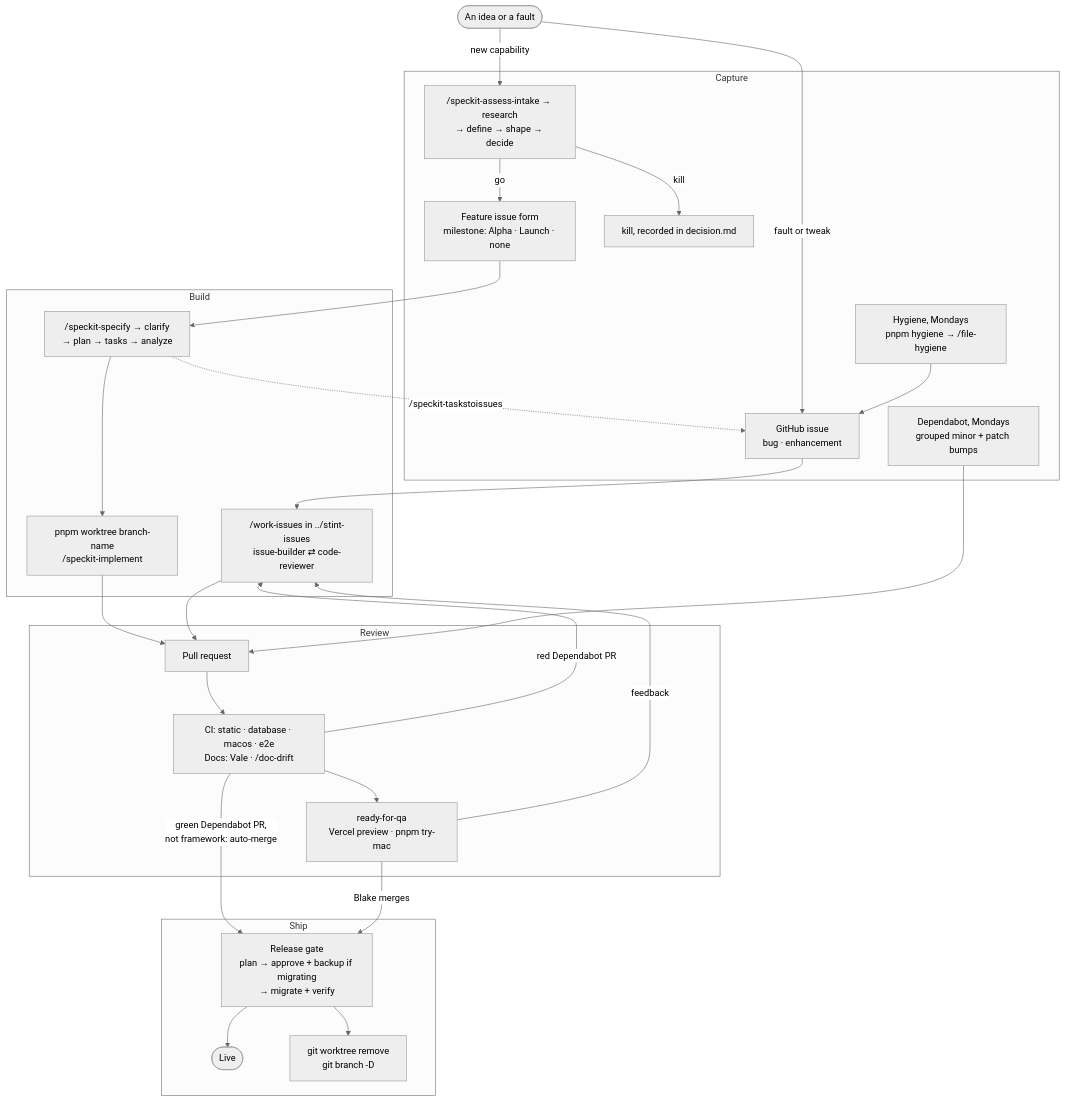
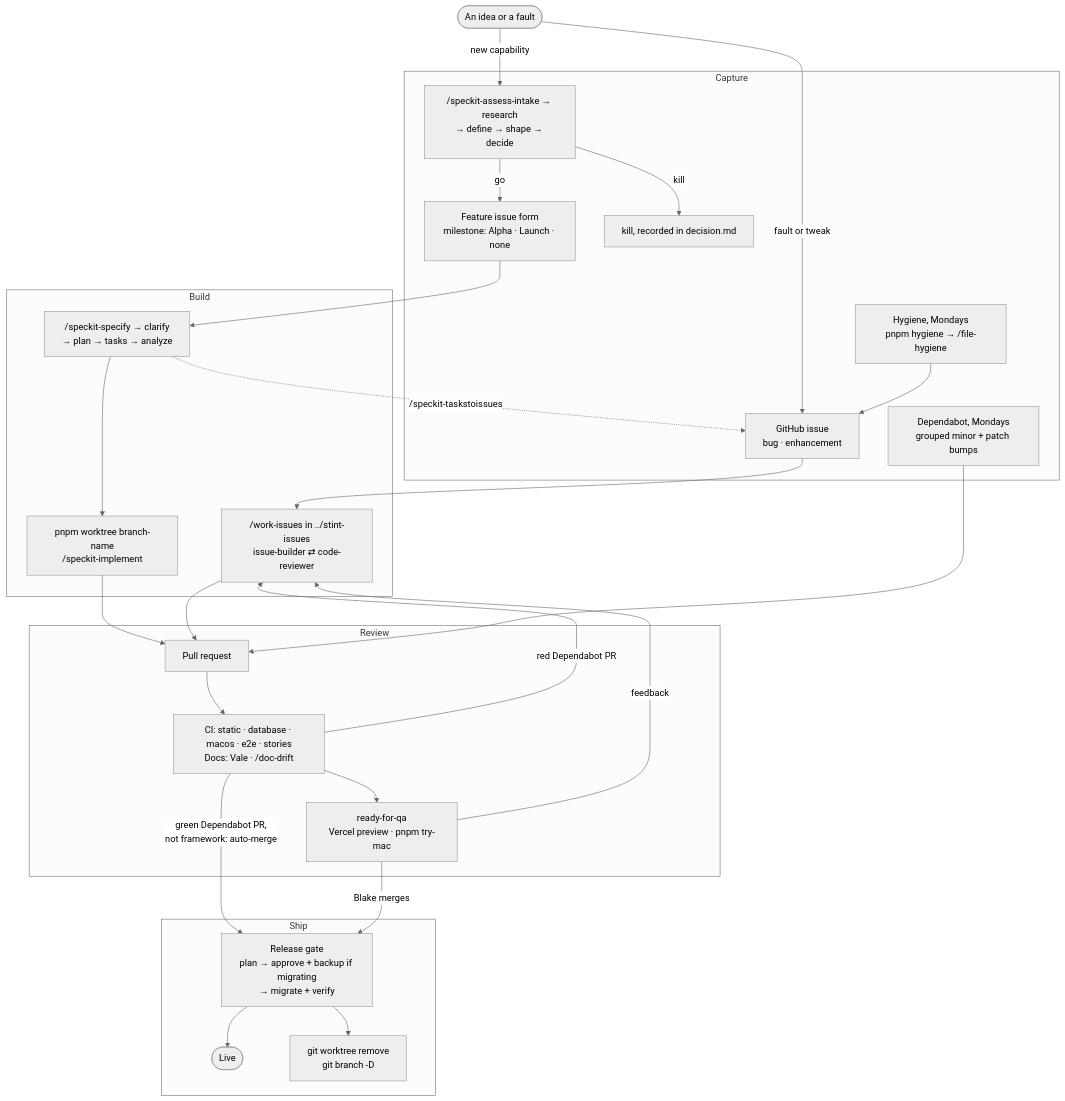
The diagram in docs/sdlc.md (BlakeEriks/stint), drawn with Mermaid (neutral theme) before and after one commit. The commit also changed 209 other files, not shown here.

````diff
--- a/docs/sdlc.md
+++ b/docs/sdlc.md
@@ -6,51 +6,51 @@
 ```mermaid
 flowchart TD
   idea([An idea or a fault])
 
   subgraph Capture
     issue["GitHub issue<br/>bug · enhancement"]
     assess["/speckit-assess-intake → research<br/>→ define → shape → decide"]
     feature["Feature issue form<br/>milestone: Alpha · Launch · none"]
     killed["kill, recorded in decision.md"]
     hygiene["Hygiene, Mondays<br/>pnpm hygiene → /file-hygiene"]
     deps["Dependabot, Mondays<br/>grouped minor + patch bumps"]
   end
 
   subgraph Build
     spec["/speckit-specify → clarify<br/>→ plan → tasks → analyze"]
     impl["pnpm worktree branch-name<br/>/speckit-implement"]
     wi["/work-issues in ../stint-issues<br/>issue-builder ⇄ code-reviewer"]
   end
 
   subgraph Review
     pr["Pull request"]
-    ci["CI: static · database · macos · e2e<br/>Docs: Vale · /doc-drift"]
+    ci["CI: static · database · macos · e2e · stories<br/>Docs: Vale · /doc-drift"]
     qa["ready-for-qa<br/>Vercel preview · pnpm try-mac"]
   end
 
   subgraph Ship
     release["Release gate<br/>plan → approve + backup if migrating<br/>→ migrate + verify"]
     live([Live])
     cleanup["git worktree remove<br/>git branch -D"]
   end
 
   idea -->|fault or tweak| issue
   idea -->|new capability| assess
   assess -->|go| feature
   assess -->|kill| killed
   hygiene --> issue
   feature --> spec
   spec --> impl
   spec -.->|/speckit-taskstoissues| issue
   issue --> wi
   impl --> pr
   wi --> pr
   deps --> pr
   pr --> ci --> qa
   ci -->|red Dependabot PR| wi
   ci -->|green Dependabot PR,<br/>not framework: auto-merge| release
   qa -->|feedback| wi
   qa -->|Blake merges| release
   release --> live
   release --> cleanup
 ```
````
